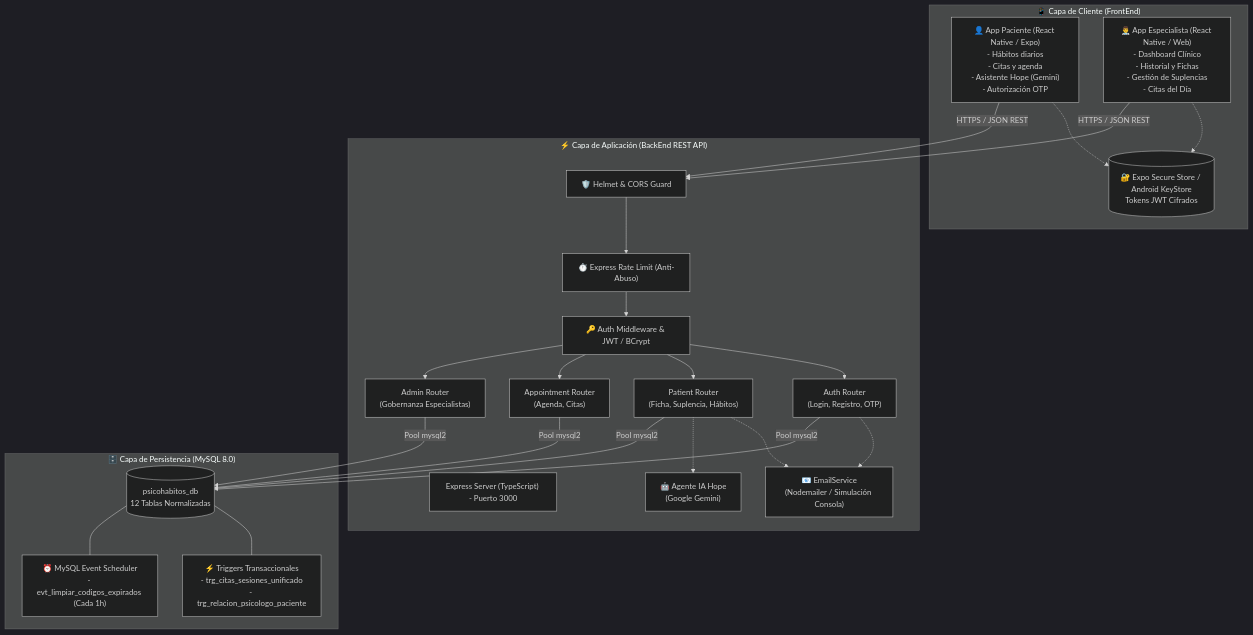
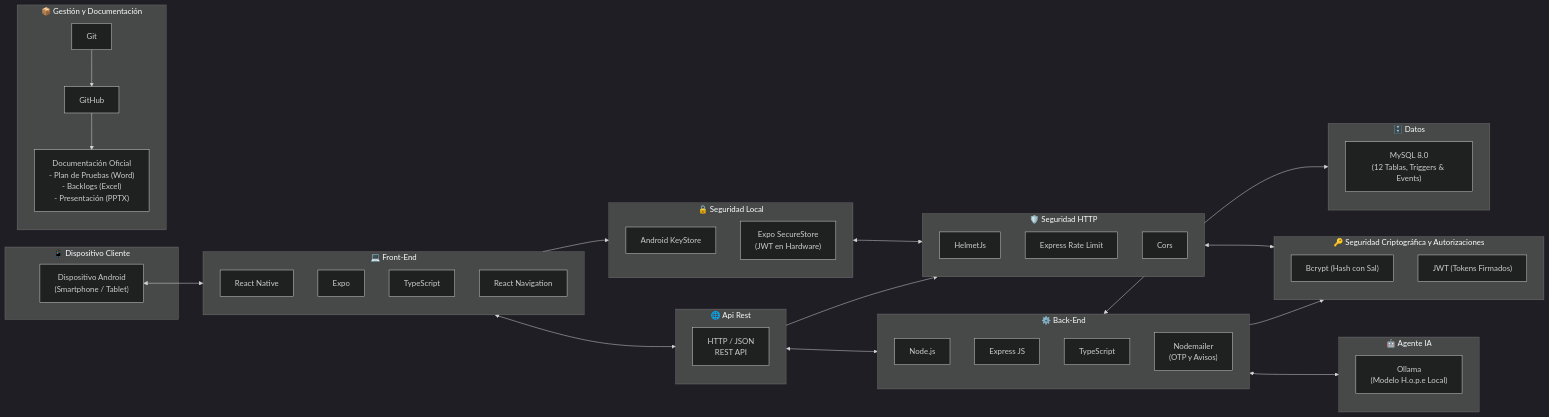
One commit to Vani-79/PsicoHabitos-IA changed the diagram in README.md. Above: the diagram before and after it, drawn with Mermaid (dark theme). The commit also changed other lines of this file and 24 other files, not shown here.

Commit message:
feat: integrar agente Hope con guardas clinicas PAP, suite de pruebas de 100 casos y actualizar arquitectura tecnica

````diff
--- a/README.md
+++ b/README.md
@@ -122,52 +139,69 @@
 ```mermaid
-flowchart TD
-    subgraph CLIENTE ["📱 Capa de Cliente (FrontEnd)"]
-        UI_PAC["👤 App Paciente (React Native / Expo)\n- Hábitos diarios\n- Citas y agenda\n- Asistente Hope (Gemini)\n- Autorización OTP"]
-        UI_PSI["👨‍⚕️ App Especialista (React Native / Web)\n- Dashboard Clínico\n- Historial y Fichas\n- Gestión de Suplencias\n- Citas del Día"]
-        SEC_STORE[("🔐 Expo Secure Store / Android KeyStore\nTokens JWT Cifrados")]
-        UI_PAC -.-> SEC_STORE
-        UI_PSI -.-> SEC_STORE
+flowchart LR
+    subgraph CLIENTE_ZONE ["📱 Dispositivo Cliente"]
+        ANDROID["Dispositivo Android\n(Smartphone / Tablet)"]
     end
 
-    subgraph API ["⚡ Capa de Aplicación (BackEnd REST API)"]
-        EXPRESS["Express Server (TypeScript) - Puerto 3000"]
-        MW_HELMET["🛡️ Helmet & CORS Guard"]
-        MW_LIMIT["⏱️ Express Rate Limit (Anti-Abuso)"]
-        MW_AUTH["🔑 Auth Middleware & JWT / BCrypt"]
-        
-        CTRL_AUTH["Auth Router\n(Login, Registro, OTP)"]
-        CTRL_PAC["Patient Router\n(Ficha, Suplencia, Hábitos)"]
-        CTRL_APT["Appointment Router\n(Agenda, Citas)"]
-        CTRL_ADM["Admin Router\n(Gobernanza Especialistas)"]
-        
-        SRV_MAIL["📧 EmailService\n(Nodemailer / Simulación Consola)"]
-        AI_AGENT["🤖 Agente IA Hope\n(Google Gemini)"]
+    subgraph FRONTEND_ZONE ["💻 Front-End"]
+        RN["React Native"]
+        EXPO["Expo"]
+        TS_FRONT["TypeScript"]
+        NAV["React Navigation"]
     end
 
-    subgraph DATOS ["🗄️ Capa de Persistencia (MySQL 8.0)"]
-        DB[(psicohabitos_db\n12 Tablas Normalizadas)]
-        TRIGGERS["⚡ Triggers Transaccionales\n- trg_citas_sesiones_unificado\n- trg_relacion_psicologo_paciente"]
-        EVENTS["⏰ MySQL Event Scheduler\n- evt_limpiar_codigos_expirados (Cada 1h)"]
-        DB --- TRIGGERS
-        DB --- EVENTS
+    subgraph SEC_LOCAL ["🔒 Seguridad Local"]
+        KEYSTORE["Android KeyStore"]
+        SECSTORE["Expo SecureStore\n(JWT en Hardware)"]
     end
 
-    UI_PAC -->|HTTPS / JSON REST| MW_HELMET
-    UI_PSI -->|HTTPS / JSON REST| MW_HELMET
-    MW_HELMET --> MW_LIMIT
-    MW_LIMIT --> MW_AUTH
-    
-    MW_AUTH --> CTRL_AUTH
-    MW_AUTH --> CTRL_PAC
-    MW_AUTH --> CTRL_APT
-    MW_AUTH --> CTRL_ADM
-    
-    CTRL_AUTH -.-> SRV_MAIL
-    CTRL_PAC -.-> SRV_MAIL
-    CTRL_PAC -.-> AI_AGENT
-    
-    CTRL_AUTH -->|Pool mysql2| DB
-    CTRL_PAC -->|Pool mysql2| DB
-    CTRL_APT -->|Pool mysql2| DB
-    CTRL_ADM -->|Pool mysql2| DB
+    subgraph API_REST ["🌐 Api Rest"]
+        HTTP_JSON["HTTP / JSON\nREST API"]
+    end
+
+    subgraph SEC_HTTP ["🛡️ Seguridad HTTP"]
+        HELMET["HelmetJs"]
+        RATELIMIT["Express Rate Limit"]
+        CORS_GUARD["Cors"]
+    end
+
+    subgraph BACKEND_ZONE ["⚙️ Back-End"]
+        NODE["Node.js"]
+        EXPRESS["Express JS"]
+        TS_BACK["TypeScript"]
+        MAILER["Nodemailer\n(OTP y Avisos)"]
+    end
+
+    subgraph SEC_AUTH ["🔑 Seguridad Criptográfica y Autorizaciones"]
+        BCRYPT["Bcrypt (Hash con Sal)"]
+        JWT["JWT (Tokens Firmados)"]
+    end
+
+    subgraph DATOS_ZONE ["🗄️ Datos"]
+        MYSQL["MySQL 8.0\n(12 Tablas, Triggers & Events)"]
+    end
+
+    subgraph IA_ZONE ["🤖 Agente IA"]
+        OLLAMA["Ollama\n(Modelo H.o.p.e Local)"]
+    end
+
+    subgraph REPO_DOCS ["📦 Gestión y Documentación"]
+        GIT["Git"]
+        GITHUB["GitHub"]
+        DOCS["Documentación Oficial\n- Plan de Pruebas (Word)\n- Backlogs (Excel)\n- Presentación (PPTX)"]
+        GIT --> GITHUB --> DOCS
+    end
+
+    ANDROID <--> FRONTEND_ZONE
+    FRONTEND_ZONE <--> API_REST
+    API_REST <--> BACKEND_ZONE
+
+    FRONTEND_ZONE --> SEC_LOCAL
+    API_REST --> SEC_HTTP
+    BACKEND_ZONE --> SEC_AUTH
+
+    SEC_LOCAL <--> SEC_HTTP
+    SEC_HTTP <--> SEC_AUTH
+
+    BACKEND_ZONE <--> DATOS_ZONE
+    BACKEND_ZONE <--> IA_ZONE
 ```
````
